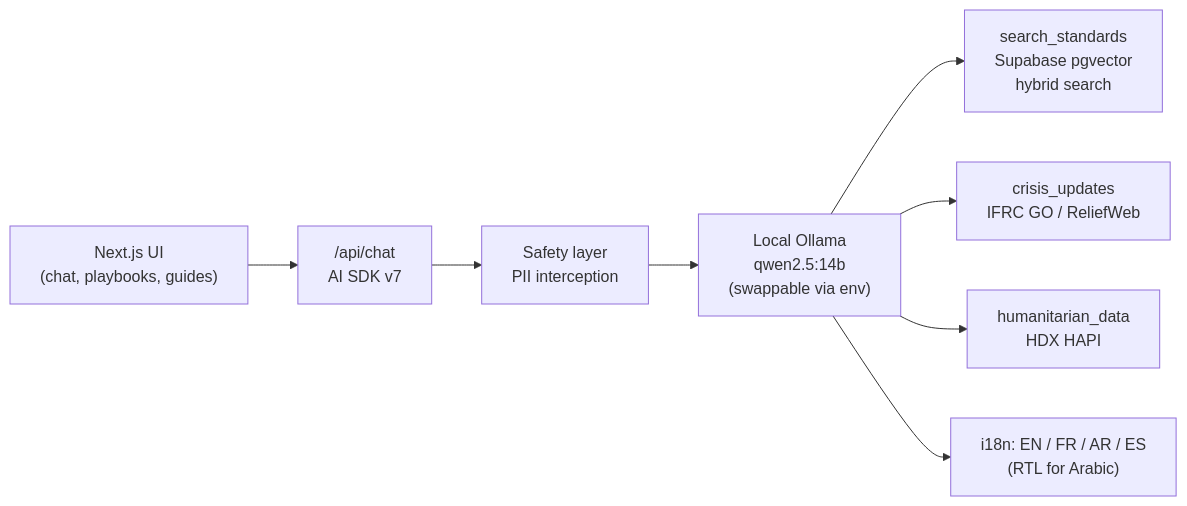
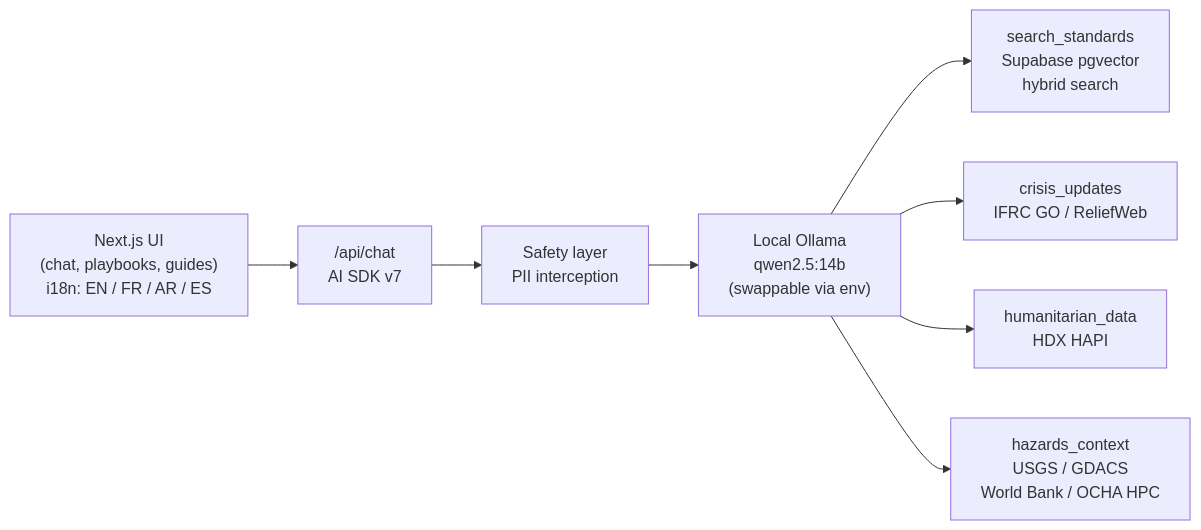
The diagram in README.md (samfrons/HAI), drawn with Mermaid before and after one commit. The commit also changed other lines of this file and 5 other files, not shown here.

````diff
--- a/README.md
+++ b/README.md
@@ -34,10 +34,10 @@
 ```mermaid
 flowchart LR
-    UI["Next.js UI\n(chat, playbooks, guides)"] --> API["/api/chat\nAI SDK v7"]
-    API --> Safety["Safety layer\nPII interception"]
-    Safety --> LLM["Local Ollama\nqwen2.5:14b\n(swappable via env)"]
-    LLM --> T1["search_standards\nSupabase pgvector\nhybrid search"]
-    LLM --> T2["crisis_updates\nIFRC GO / ReliefWeb"]
-    LLM --> T3["humanitarian_data\nHDX HAPI"]
-    LLM --> I18n["i18n: EN / FR / AR / ES\n(RTL for Arabic)"]
+    UI["Next.js UI<br/>(chat, playbooks, guides)<br/>i18n: EN / FR / AR / ES"] --> API["/api/chat<br/>AI SDK v7"]
+    API --> Safety["Safety layer<br/>PII interception"]
+    Safety --> LLM["Local Ollama<br/>qwen2.5:14b<br/>(swappable via env)"]
+    LLM --> T1["search_standards<br/>Supabase pgvector<br/>hybrid search"]
+    LLM --> T2["crisis_updates<br/>IFRC GO / ReliefWeb"]
+    LLM --> T3["humanitarian_data<br/>HDX HAPI"]
+    LLM --> T4["hazards_context<br/>USGS / GDACS<br/>World Bank / OCHA HPC"]
 ```
````
